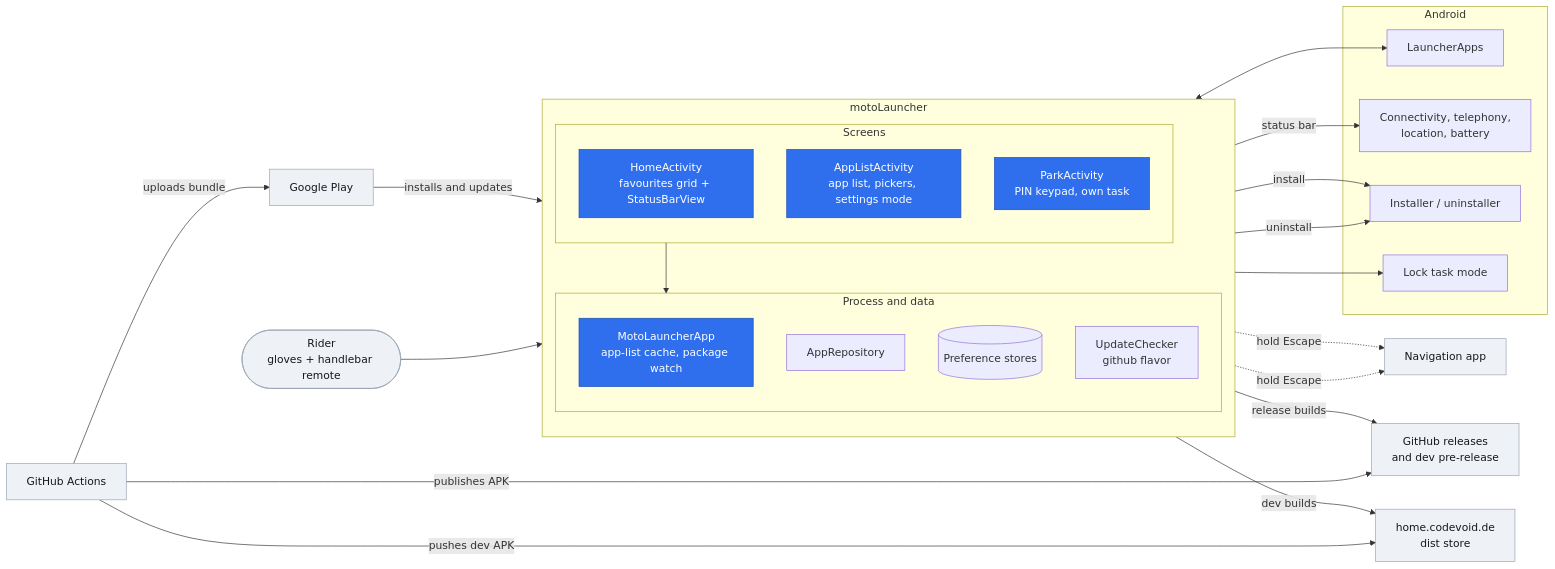
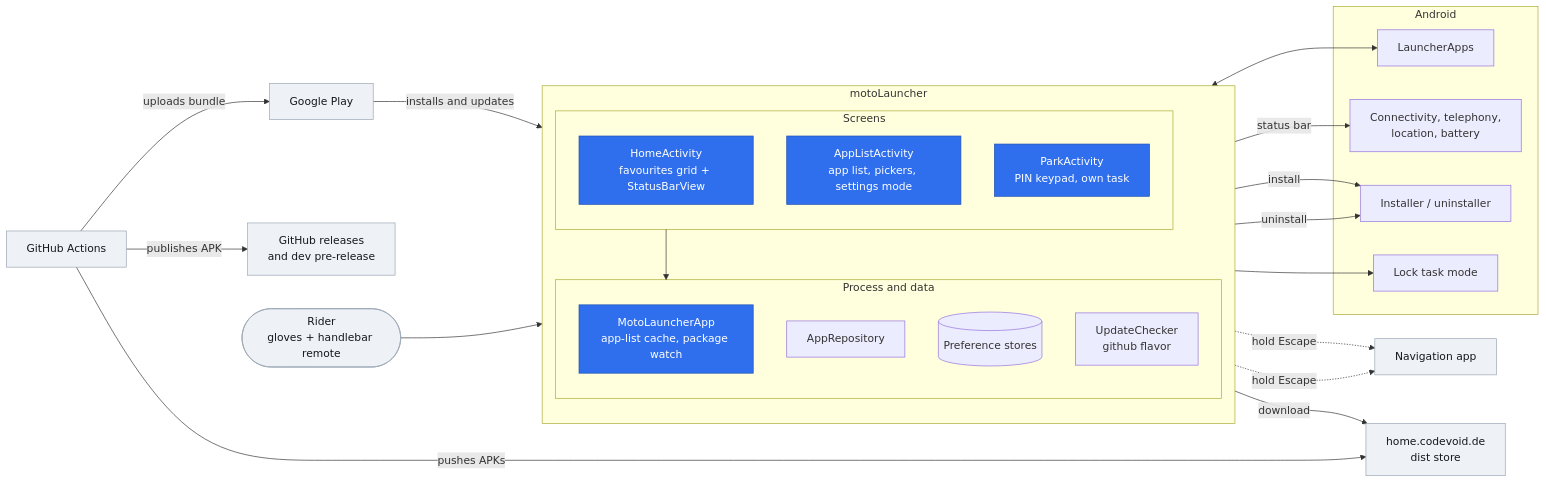
The first of 3 diagrams in .github/architecture.md (c0dev0id/motoLauncher), drawn with Mermaid before and after one commit. The commit also changed 10 other files, not shown here.

First line of the commit message:
Read updates from the dist store's nightly and release channels

````diff
--- a/.github/architecture.md
+++ b/.github/architecture.md
@@ -7,53 +7,52 @@
 ```mermaid
 flowchart LR
     rider(["Rider<br/>gloves + handlebar remote"])
 
     subgraph launcher["motoLauncher"]
         direction TB
         subgraph screens["Screens"]
             home["HomeActivity<br/>favourites grid + StatusBarView"]
             list["AppListActivity<br/>app list, pickers, settings mode"]
             park["ParkActivity<br/>PIN keypad, own task"]
         end
         subgraph core["Process and data"]
             app["MotoLauncherApp<br/>app-list cache, package watch"]
             repo["AppRepository"]
             stores[("Preference stores")]
             update["UpdateChecker<br/>github flavor"]
         end
         screens --> core
     end
 
     subgraph android["Android"]
         la["LauncherApps"]
         sys["Connectivity, telephony,<br/>location, battery"]
         installer["Installer / uninstaller"]
         locktask["Lock task mode"]
     end
 
     nav["Navigation app"]
     gh["GitHub releases<br/>and dev pre-release"]
     dist["home.codevoid.de<br/>dist store"]
     play["Google Play"]
     ci["GitHub Actions"]
 
     rider --> screens
     home -. hold Escape .-> nav
     list -. hold Escape .-> nav
     home -- status bar --> sys
     park --> locktask
     repo <--> la
     repo -- uninstall --> installer
     update -- install --> installer
-    update -- release builds --> gh
-    update -- dev builds --> dist
+    update -- download --> dist
     ci -- publishes APK --> gh
-    ci -- pushes dev APK --> dist
+    ci -- pushes APKs --> dist
     ci -- uploads bundle --> play
     play -- installs and updates --> launcher
 
     classDef primary fill:#2F6FED,stroke:#1E4FB0,color:#FFFFFF
     classDef external fill:#EEF1F5,stroke:#9AA5B4,color:#14181D
     class home,list,park,app primary
     class nav,gh,dist,play,ci,rider external
 ```
````
